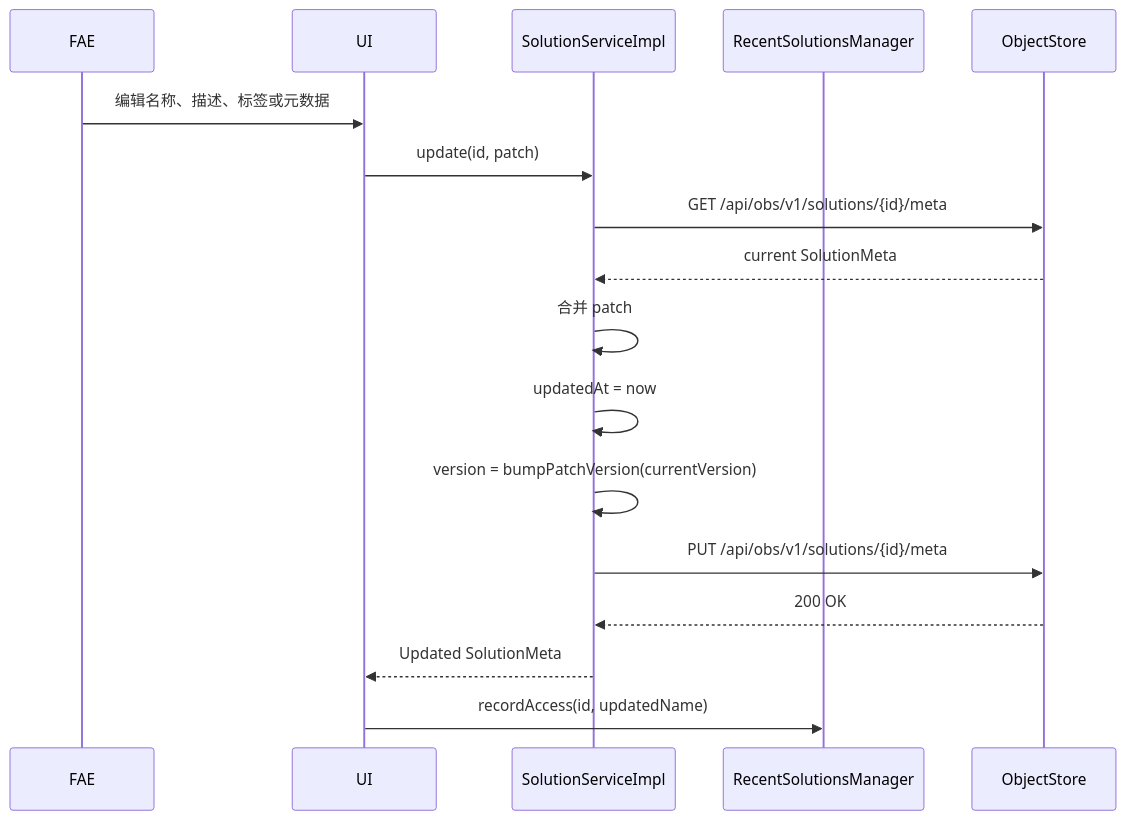
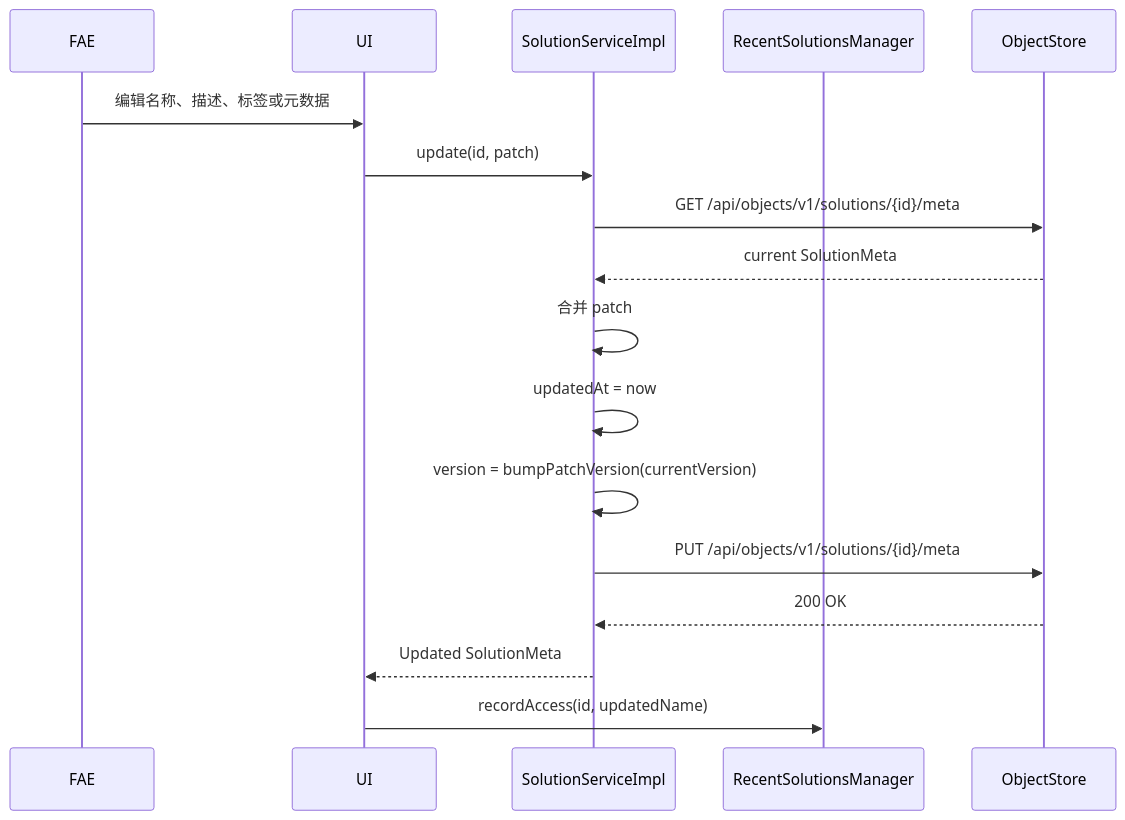
Before and after one commit to etrita005/syrius-robotops: the fourth of 11 diagrams in documents/design/solution_management_design.md, drawn with Mermaid. The commit also changed other lines of this file and 42 other files, not shown here.

````diff
--- a/documents/design/solution_management_design.md
+++ b/documents/design/solution_management_design.md
@@ -476,20 +466,20 @@
 ```mermaid
 sequenceDiagram
     participant FAE
     participant UI
     participant SSI as SolutionServiceImpl
     participant RSM as RecentSolutionsManager
     participant OS as ObjectStore
 
     FAE->>UI: 编辑名称、描述、标签或元数据
     UI->>SSI: update(id, patch)
-    SSI->>OS: GET /api/obs/v1/solutions/{id}/meta
+    SSI->>OS: GET /api/objects/v1/solutions/{id}/meta
     OS-->>SSI: current SolutionMeta
     SSI->>SSI: 合并 patch
     SSI->>SSI: updatedAt = now
     SSI->>SSI: version = bumpPatchVersion(currentVersion)
-    SSI->>OS: PUT /api/obs/v1/solutions/{id}/meta
+    SSI->>OS: PUT /api/objects/v1/solutions/{id}/meta
     OS-->>SSI: 200 OK
     SSI-->>UI: Updated SolutionMeta
     UI->>RSM: recordAccess(id, updatedName)
 ```
````
